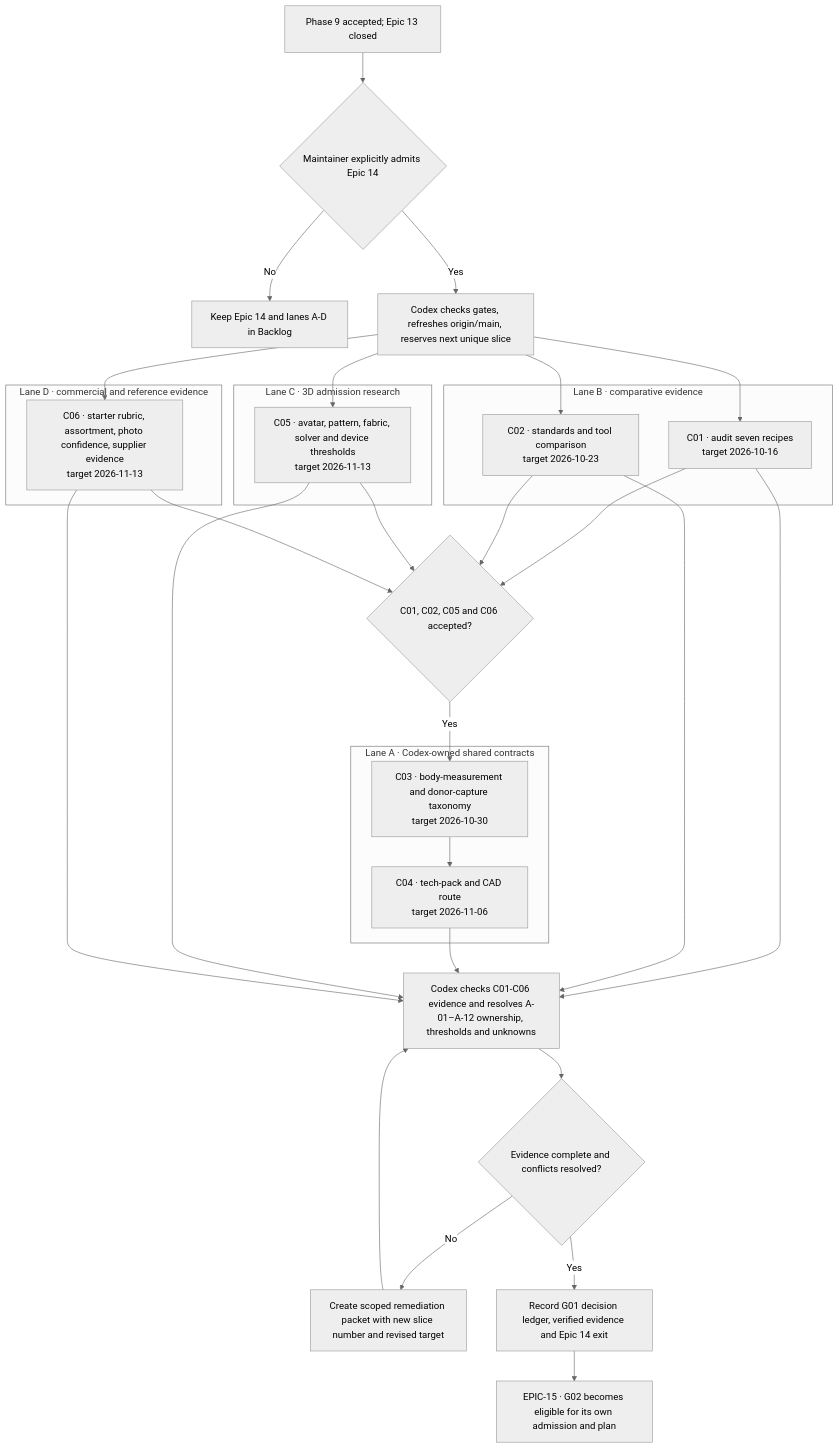
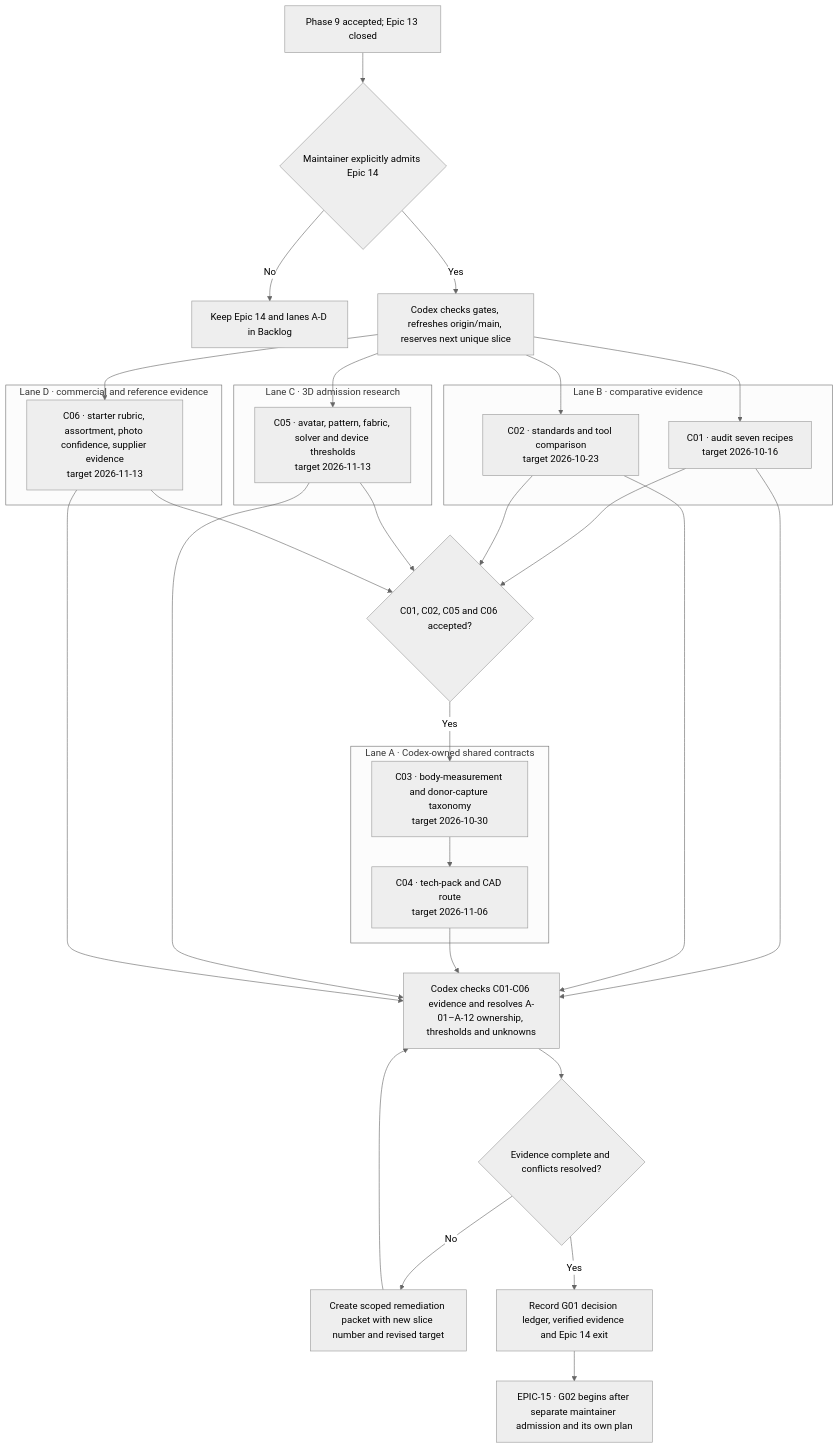
Before and after one commit to kshitijpatne/InfiniDrip: the diagram in docs/planning/END-TO-END-CAPABILITY-ROADMAP.md, drawn with Mermaid (neutral theme). The commit also changed other lines of this file and 7 other files, not shown here.

````diff
--- a/docs/planning/END-TO-END-CAPABILITY-ROADMAP.md
+++ b/docs/planning/END-TO-END-CAPABILITY-ROADMAP.md
@@ -156,47 +156,47 @@
 ```mermaid
 flowchart TD
   P9[Phase 9 accepted; Epic 13 closed] --> AUTH{Maintainer explicitly admits Epic 14}
   AUTH -->|No| HOLD[Keep Epic 14 and lanes A-D in Backlog]
   AUTH -->|Yes| START[Codex checks gates, refreshes origin/main, reserves next unique slice]
 
   START --> B1
   START --> B2
   START --> C5
   START --> D6
 
   subgraph LANE_B[Lane B · comparative evidence]
     B1[C01 · audit seven recipes<br/>target 2026-10-16]
     B2[C02 · standards and tool comparison<br/>target 2026-10-23]
   end
 
   subgraph LANE_C[Lane C · 3D admission research]
     C5[C05 · avatar, pattern, fabric, solver and device thresholds<br/>target 2026-11-13]
   end
 
   subgraph LANE_D[Lane D · commercial and reference evidence]
     D6[C06 · starter rubric, assortment, photo confidence, supplier evidence<br/>target 2026-11-13]
   end
 
   subgraph LANE_A[Lane A · Codex-owned shared contracts]
     M3[C03 · body-measurement and donor-capture taxonomy<br/>target 2026-10-30]
     T4[C04 · tech-pack and CAD route<br/>target 2026-11-06]
     M3 --> T4
   end
 
   B1 --> WAVE{C01, C02, C05 and C06 accepted?}
   B2 --> WAVE
   C5 --> WAVE
   D6 --> WAVE
   WAVE -->|Yes| M3
 
   B1 --> REVIEW[Codex checks C01-C06 evidence and resolves A-01–A-12 ownership, thresholds and unknowns]
   B2 --> REVIEW
   T4 --> REVIEW
   C5 --> REVIEW
   D6 --> REVIEW
   REVIEW --> GAPS{Evidence complete and conflicts resolved?}
   GAPS -->|No| REM[Create scoped remediation packet with new slice number and revised target]
   REM --> REVIEW
   GAPS -->|Yes| EXIT[Record G01 decision ledger, verified evidence and Epic 14 exit]
-  EXIT --> NEXT[EPIC-15 · G02 becomes eligible for its own admission and plan]
+  EXIT --> NEXT[EPIC-15 · G02 begins after separate maintainer admission and its own plan]
 ```
````
